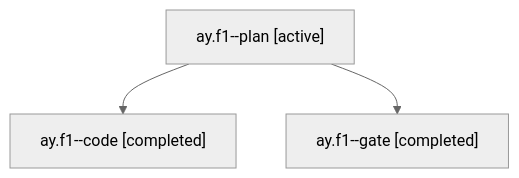
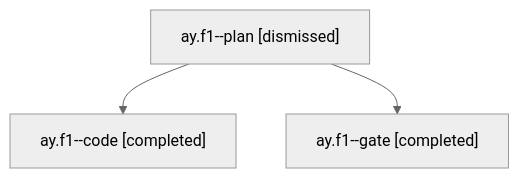
The diagram in sessions/bbugyi200.apollo.ay.f1.md (bobs-org/bob-cli--agents), drawn with Mermaid (neutral theme) before and after one commit. The commit also changed other lines of this file and 24 other files, not shown here.

````diff
--- a/sessions/bbugyi200.apollo.ay.f1.md
+++ b/sessions/bbugyi200.apollo.ay.f1.md
@@ -9,8 +9,8 @@
 ```mermaid
 flowchart TD
-  n0["ay.f1--plan [active]"]
+  n0["ay.f1--plan [dismissed]"]
   n1["ay.f1--code [completed]"]
   n0 --> n1
   n2["ay.f1--gate [completed]"]
   n0 --> n2
 ```
````
